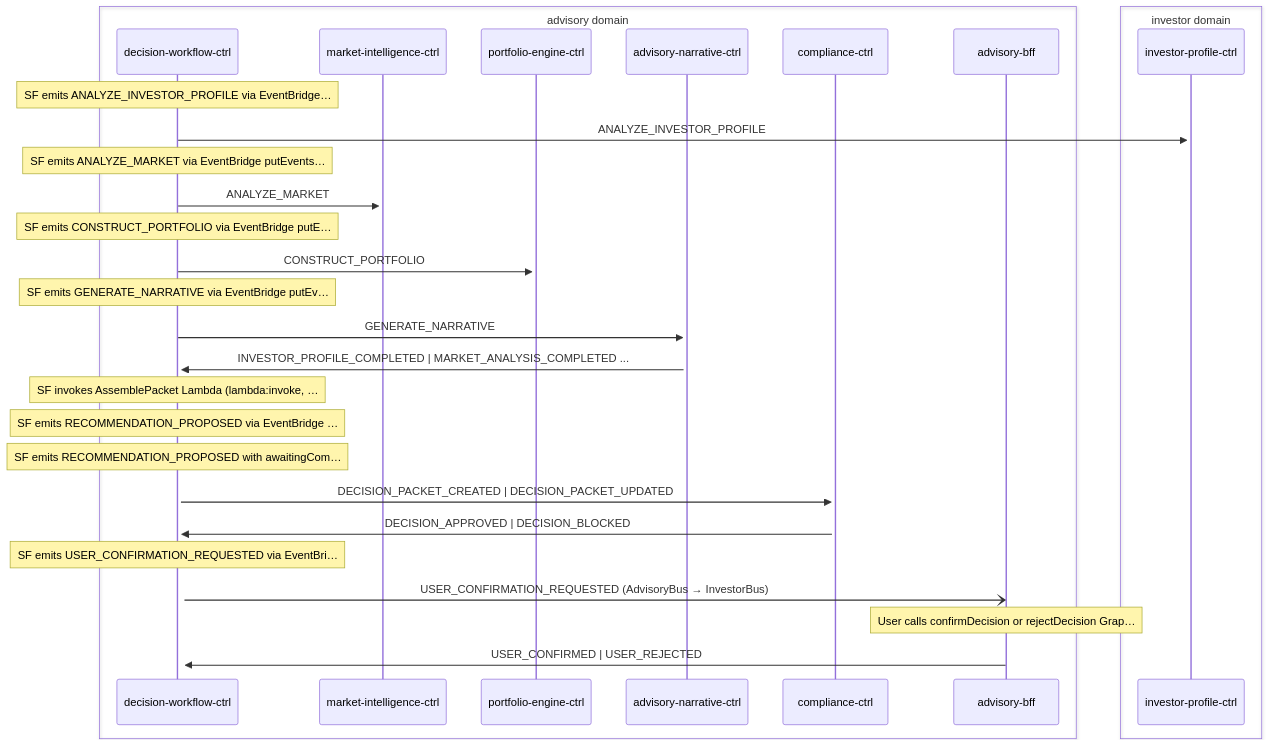
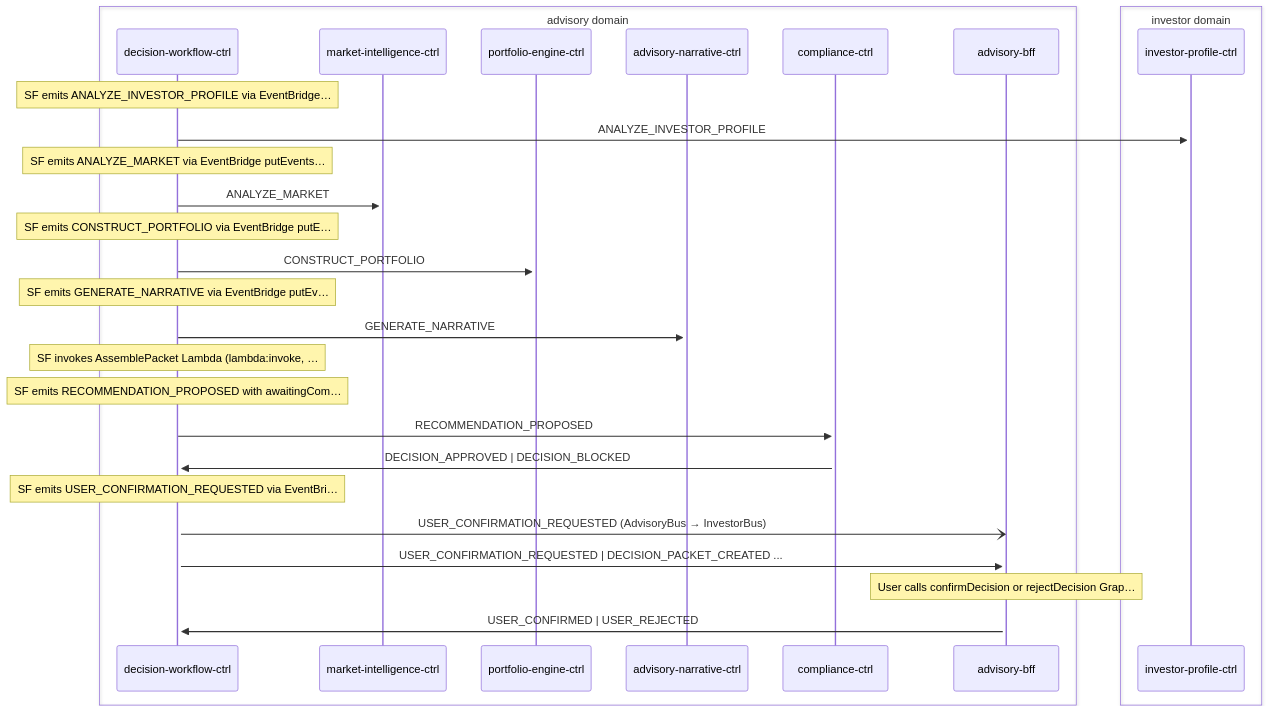
Before and after one commit to fabio-vitali/nestfolio: the second of 2 diagrams in docs/data-flows/advisory-cycle.md, drawn with Mermaid. The commit also changed other lines of this file and 1 other file, not shown here.

First line of the commit message:
docs(data-flows): port advisory-cycle facts to flow yaml + regen

````diff
--- a/docs/data-flows/advisory-cycle.md
+++ b/docs/data-flows/advisory-cycle.md
@@ -35,32 +36,31 @@
 ```mermaid
 sequenceDiagram
     box advisory domain
         participant decision_workflow_ctrl as decision-workflow-ctrl
         participant market_intelligence_ctrl as market-intelligence-ctrl
         participant portfolio_engine_ctrl as portfolio-engine-ctrl
         participant advisory_narrative_ctrl as advisory-narrative-ctrl
         participant compliance_ctrl as compliance-ctrl
         participant advisory_bff as advisory-bff
     end
     box investor domain
         participant investor_profile_ctrl as investor-profile-ctrl
     end
     Note over decision_workflow_ctrl: SF emits ANALYZE_INVESTOR_PROFILE via EventBridge…
     decision_workflow_ctrl->>+investor_profile_ctrl: ANALYZE_INVESTOR_PROFILE
     Note over decision_workflow_ctrl: SF emits ANALYZE_MARKET via EventBridge putEvents…
     decision_workflow_ctrl->>+market_intelligence_ctrl: ANALYZE_MARKET
     Note over decision_workflow_ctrl: SF emits CONSTRUCT_PORTFOLIO via EventBridge putE…
     decision_workflow_ctrl->>+portfolio_engine_ctrl: CONSTRUCT_PORTFOLIO
     Note over decision_workflow_ctrl: SF emits GENERATE_NARRATIVE via EventBridge putEv…
     decision_workflow_ctrl->>+advisory_narrative_ctrl: GENERATE_NARRATIVE
-    advisory_narrative_ctrl->>+decision_workflow_ctrl: INVESTOR_PROFILE_COMPLETED | MARKET_ANALYSIS_COMPLETED ...
     Note over decision_workflow_ctrl: SF invokes AssemblePacket Lambda (lambda:invoke, …
-    Note over decision_workflow_ctrl: SF emits RECOMMENDATION_PROPOSED via EventBridge …
     Note over decision_workflow_ctrl: SF emits RECOMMENDATION_PROPOSED with awaitingCom…
-    decision_workflow_ctrl->>+compliance_ctrl: DECISION_PACKET_CREATED | DECISION_PACKET_UPDATED
+    decision_workflow_ctrl->>+compliance_ctrl: RECOMMENDATION_PROPOSED
     compliance_ctrl->>+decision_workflow_ctrl: DECISION_APPROVED | DECISION_BLOCKED
     Note over decision_workflow_ctrl: SF emits USER_CONFIRMATION_REQUESTED via EventBri…
     decision_workflow_ctrl-)advisory_bff: USER_CONFIRMATION_REQUESTED (AdvisoryBus → InvestorBus)
+    decision_workflow_ctrl->>+advisory_bff: USER_CONFIRMATION_REQUESTED | DECISION_PACKET_CREATED ...
     Note over advisory_bff: User calls confirmDecision or rejectDecision Grap…
     advisory_bff->>+decision_workflow_ctrl: USER_CONFIRMED | USER_REJECTED
 ```
````
